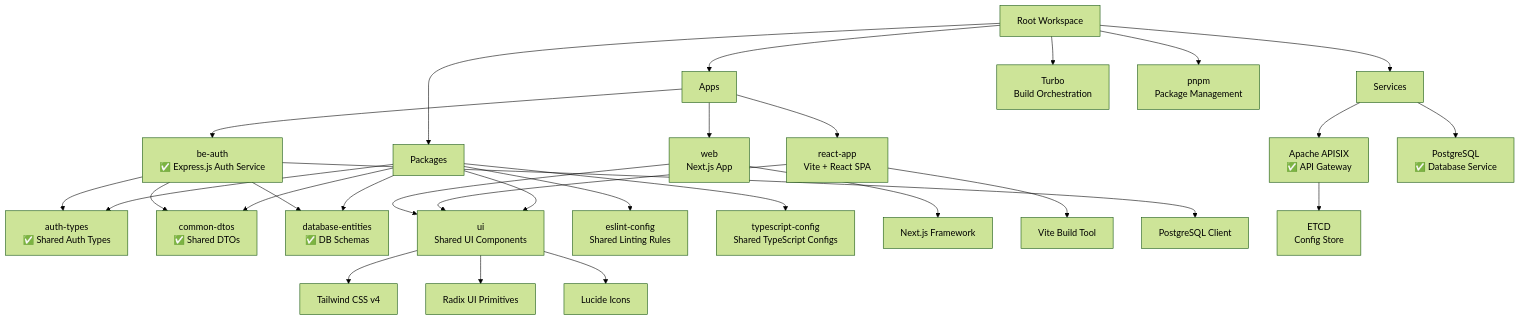
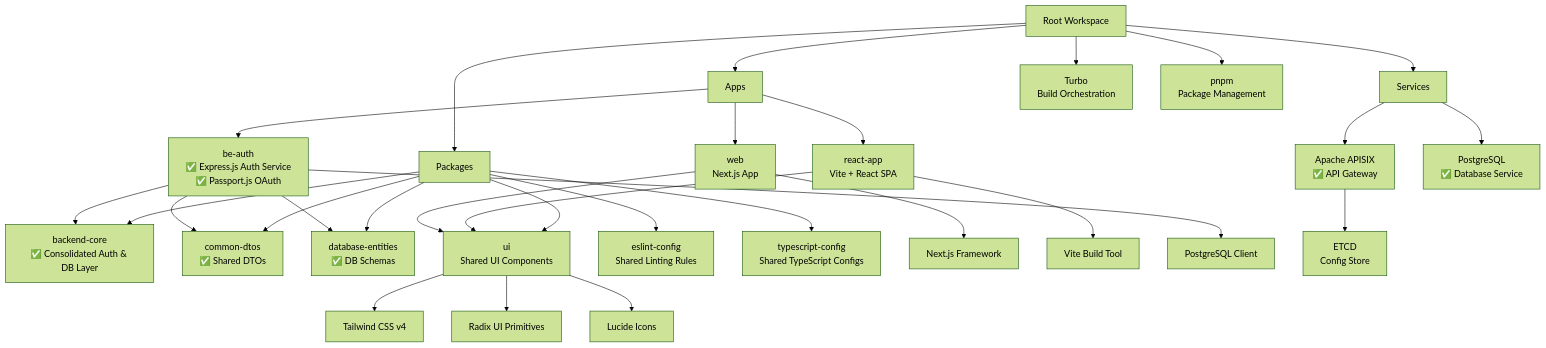
One commit to ahamedzoha/shonchoy changed the diagram in docs/repository_architecture.md. Above: the diagram before and after it, drawn with Mermaid (forest theme). The commit also changed other lines of this file and 31 other files, not shown here.

Commit message:
added passport and oauth and updated docs

````diff
--- a/docs/repository_architecture.md
+++ b/docs/repository_architecture.md
@@ -16,37 +16,37 @@
 ```mermaid
 graph TD
     A[Root Workspace] --> B[Apps]
     A --> G[Services]
     A --> C[Packages]
 
-    B --> D[be-auth<br/>✅ Express.js Auth Service]
+    B --> D[be-auth<br/>✅ Express.js Auth Service<br/>✅ Passport.js OAuth]
     B --> E[react-app<br/>Vite + React SPA]
     B --> F[web<br/>Next.js App]
 
-    C --> H[auth-types<br/>✅ Shared Auth Types]
+    C --> H[backend-core<br/>✅ Consolidated Auth & DB Layer]
     C --> I[common-dtos<br/>✅ Shared DTOs]
     C --> J[database-entities<br/>✅ DB Schemas]
     C --> K[ui<br/>Shared UI Components]
     C --> L[eslint-config<br/>Shared Linting Rules]
     C --> M[typescript-config<br/>Shared TypeScript Configs]
 
     D --> H
     D --> I
     D --> J
     E --> K
     F --> K
     G --> R[Apache APISIX<br/>✅ API Gateway]
     G --> S[PostgreSQL<br/>✅ Database Service]
 
     K --> N[Tailwind CSS v4]
     K --> O[Radix UI Primitives]
     K --> P[Lucide Icons]
 
     F --> Q[Next.js Framework]
     E --> T[Vite Build Tool]
     D --> U[PostgreSQL Client]
 
     A --> V[Turbo<br/>Build Orchestration]
     A --> W[pnpm<br/>Package Management]
     R --> X[ETCD<br/>Config Store]
 ```
````
